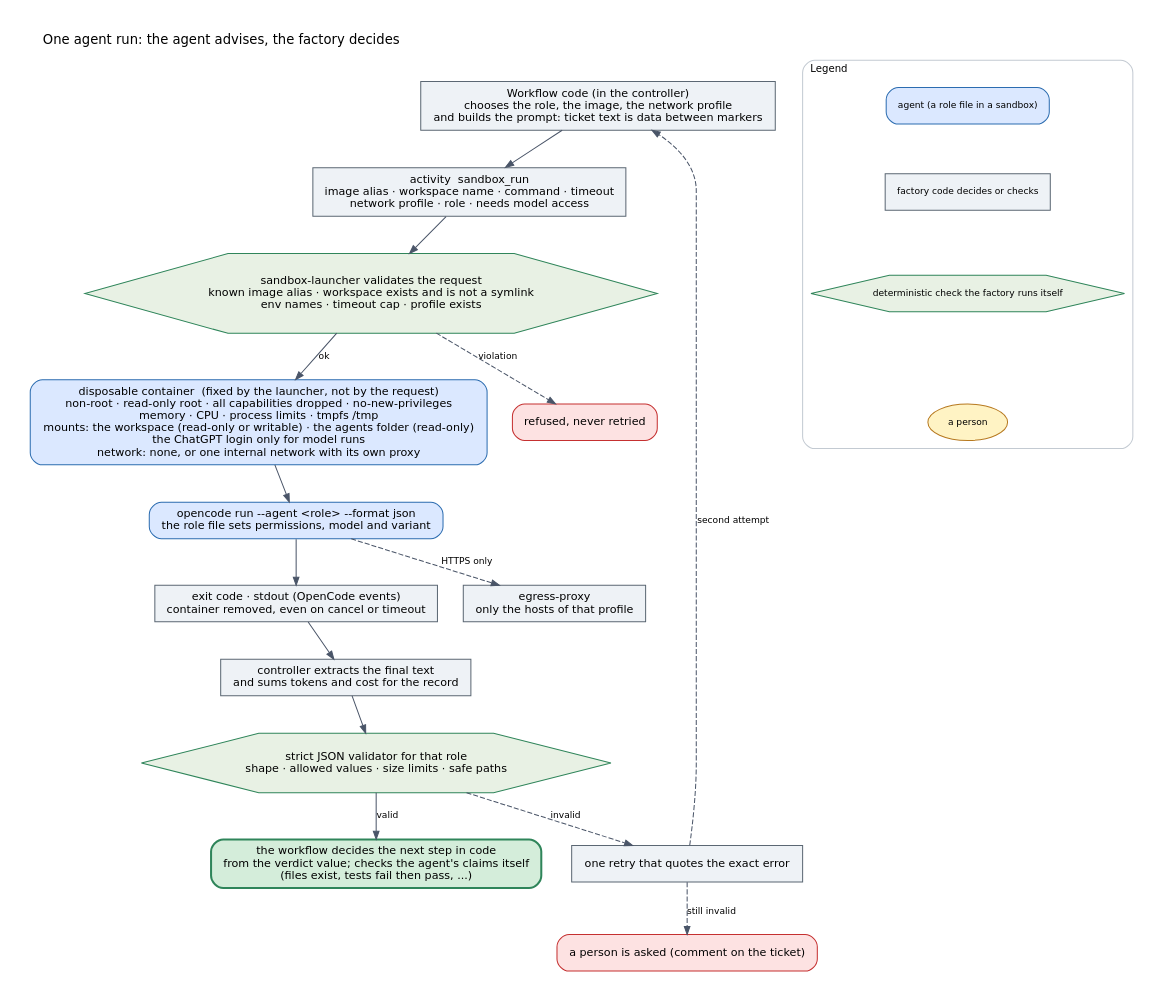
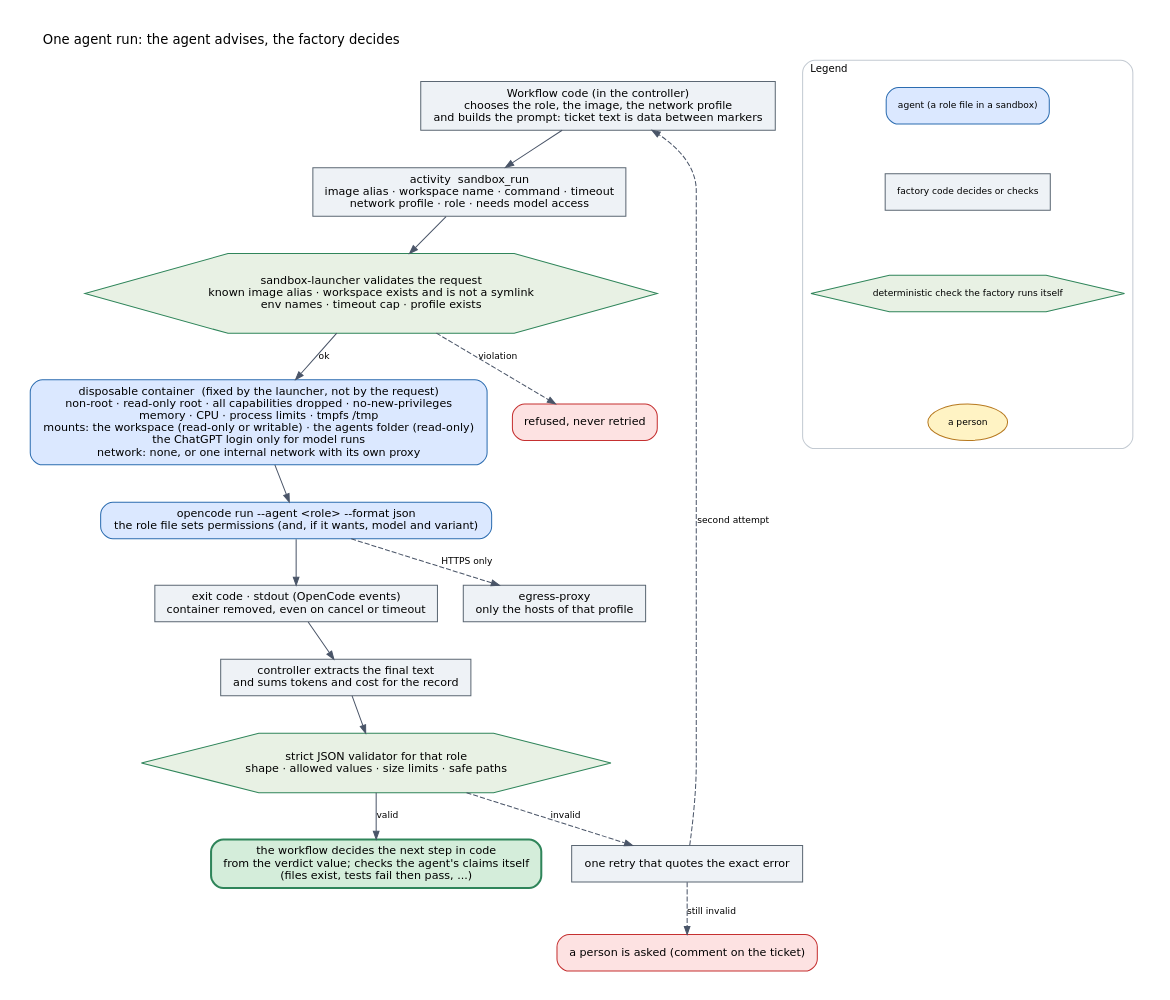
The diagram in docs/diagrams/agent-run.dot (ai-sdlc-factory/ai-sdlc-factory), drawn with Graphviz before and after one commit. The commit also changed 41 other files, not shown here.

First line of the commit message:
Make the model one setting instead of a line in every role file

```diff
--- a/docs/diagrams/agent-run.dot
+++ b/docs/diagrams/agent-run.dot
@@ -1,38 +1,38 @@
 digraph agent_run {
   graph [rankdir=TB, fontname="DejaVu Sans", fontsize=13, bgcolor=white, pad=0.3, nodesep=0.35, ranksep=0.5, labelloc=t, labeljust=l, compound=true];
   node  [fontname="DejaVu Sans", fontsize=11, shape=box, style="rounded,filled", margin="0.15,0.08", fillcolor="#eef2f6", color="#5b6773"];
   edge  [fontname="DejaVu Sans", fontsize=9, color="#4a5568", arrowsize=0.8];
   label="One agent run: the agent advises, the factory decides";
 
   wf   [label="Workflow code (in the controller)\nchooses the role, the image, the network profile\nand builds the prompt: ticket text is data between markers", shape=box, style="filled", fillcolor="#eef2f6", color="#5b6773"];
   act  [label="activity  sandbox_run\nimage alias · workspace name · command · timeout\nnetwork profile · role · needs model access", shape=box, style="filled", fillcolor="#eef2f6", color="#5b6773"];
   pol  [label="sandbox-launcher validates the request\nknown image alias · workspace exists and is not a symlink\nenv names · timeout cap · profile exists", shape=hexagon, style="filled", fillcolor="#e8f1e4", color="#2f855a"];
   rej  [label="refused, never retried", shape=box, style="rounded,filled", fillcolor="#fde2e2", color="#c53030"];
   box  [label="disposable container  (fixed by the launcher, not by the request)\nnon-root · read-only root · all capabilities dropped · no-new-privileges\nmemory · CPU · process limits · tmpfs /tmp\nmounts: the workspace (read-only or writable) · the agents folder (read-only)\nthe ChatGPT login only for model runs\nnetwork: none, or one internal network with its own proxy", shape=box, style="rounded,filled", fillcolor="#dbe8ff", color="#2b6cb0"];
-  run  [label="opencode run --agent <role> --format json\nthe role file sets permissions, model and variant", shape=box, style="rounded,filled", fillcolor="#dbe8ff", color="#2b6cb0"];
+  run  [label="opencode run --agent <role> --format json\nthe role file sets permissions (and, if it wants, model and variant)", shape=box, style="rounded,filled", fillcolor="#dbe8ff", color="#2b6cb0"];
   proxy[label="egress-proxy\nonly the hosts of that profile", shape=box, style="filled", fillcolor="#eef2f6", color="#5b6773"];
   out  [label="exit code · stdout (OpenCode events)\ncontainer removed, even on cancel or timeout", shape=box, style="filled", fillcolor="#eef2f6", color="#5b6773"];
   pars [label="controller extracts the final text\nand sums tokens and cost for the record", shape=box, style="filled", fillcolor="#eef2f6", color="#5b6773"];
   val  [label="strict JSON validator for that role\nshape · allowed values · size limits · safe paths", shape=hexagon, style="filled", fillcolor="#e8f1e4", color="#2f855a"];
   retry[label="one retry that quotes the exact error", shape=box, style="filled", fillcolor="#eef2f6", color="#5b6773"];
   stop [label="a person is asked (comment on the ticket)", shape=box, style="rounded,filled", fillcolor="#fde2e2", color="#c53030"];
   next [label="the workflow decides the next step in code\nfrom the verdict value; checks the agent's claims itself\n(files exist, tests fail then pass, ...)", shape=box, style="rounded,filled,bold", fillcolor="#d4edda", color="#2f855a"];
 
   wf -> act -> pol;
   pol -> rej [style=dashed, label="violation"];
   pol -> box [label="ok"];
   box -> run; run -> proxy [style=dashed, label="HTTPS only"];
   run -> out -> pars -> val;
   val -> next [label="valid"];
   val -> retry [label="invalid", style=dashed]; retry -> wf [label="second attempt", style=dashed];
   retry -> stop [label="still invalid", style=dashed];
 
   subgraph cluster_legend {
     label="Legend"; style="rounded"; color="#c3cad2"; fontsize=10; rank=sink;
     agl1 [label="agent (a role file in a sandbox)", shape=box, style="rounded,filled", fillcolor="#dbe8ff", color="#2b6cb0", fontsize=9];
     agl2 [label="factory code decides or checks", shape=box, style="filled", fillcolor="#eef2f6", color="#5b6773", fontsize=9];
     agl3 [label="deterministic check the factory runs itself", shape=hexagon, style="filled", fillcolor="#e8f1e4", color="#2f855a", fontsize=9];
     agl4 [label="a person", shape=ellipse, style="filled", fillcolor="#fff3c4", color="#b7791f", fontsize=9];
     agl1 -> agl2 -> agl3 -> agl4 [style=invis];
   }
 }
```
